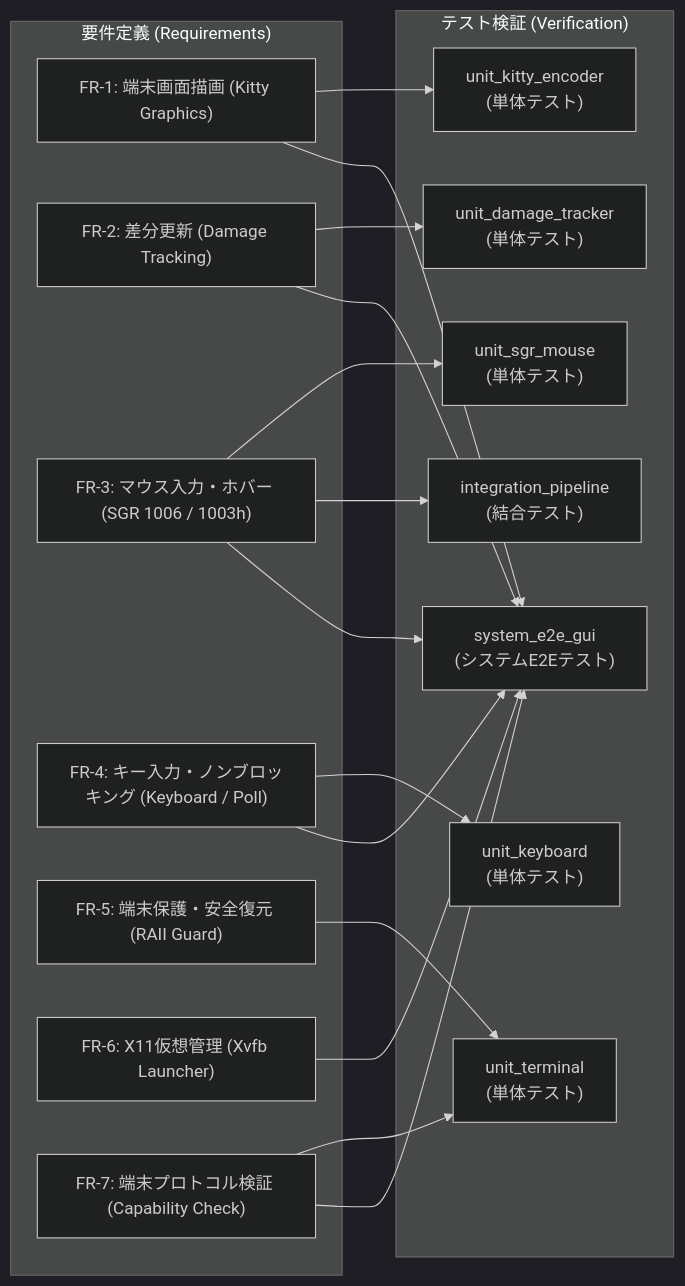
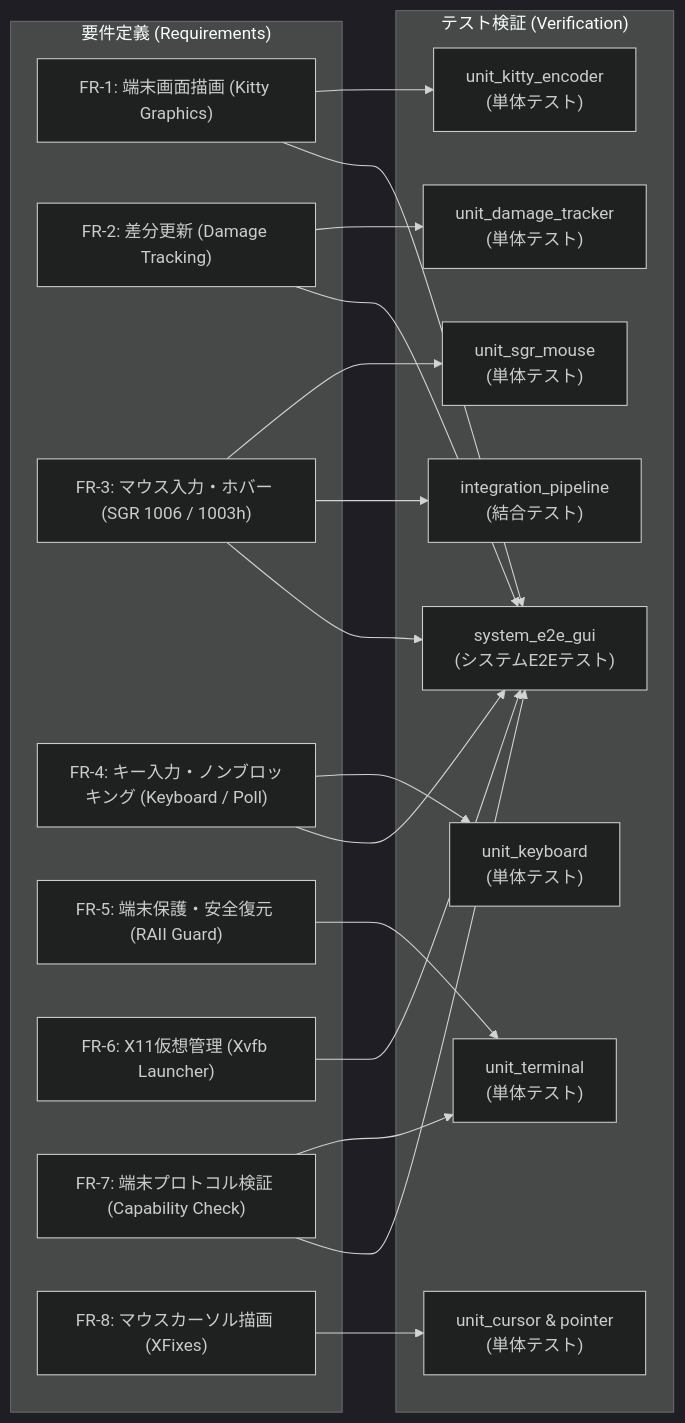
One commit to totatake/termway changed the diagram in docs/V_MODEL_SPEC.md. Above: the diagram before and after it, drawn with Mermaid (dark theme). The commit also changed other lines of this file, not shown here.

Commit message:
docs: add FR-8 XFixes cursor requirement to V-Model spec

````diff
--- a/docs/V_MODEL_SPEC.md
+++ b/docs/V_MODEL_SPEC.md
@@ -9,36 +9,39 @@
 ```mermaid
 flowchart LR
     subgraph Requirements["要件定義 (Requirements)"]
         FR1["FR-1: 端末画面描画 (Kitty Graphics)"]
         FR2["FR-2: 差分更新 (Damage Tracking)"]
         FR3["FR-3: マウス入力・ホバー (SGR 1006 / 1003h)"]
         FR4["FR-4: キー入力・ノンブロッキング (Keyboard / Poll)"]
         FR5["FR-5: 端末保護・安全復元 (RAII Guard)"]
         FR6["FR-6: X11仮想管理 (Xvfb Launcher)"]
         FR7["FR-7: 端末プロトコル検証 (Capability Check)"]
+        FR8["FR-8: マウスカーソル描画 (XFixes)"]
     end
 
     subgraph Verification["テスト検証 (Verification)"]
         T_Sys["system_e2e_gui<br/>(システムE2Eテスト)"]
         T_Integ["integration_pipeline<br/>(結合テスト)"]
         T_Mouse["unit_sgr_mouse<br/>(単体テスト)"]
         T_Kitty["unit_kitty_encoder<br/>(単体テスト)"]
         T_Term["unit_terminal<br/>(単体テスト)"]
         T_Damage["unit_damage_tracker<br/>(単体テスト)"]
         T_Key["unit_keyboard<br/>(単体テスト)"]
+        T_Cursor["unit_cursor & pointer<br/>(単体テスト)"]
     end
 
     FR1 --> T_Kitty
     FR1 --> T_Sys
     FR2 --> T_Damage
     FR2 --> T_Sys
     FR3 --> T_Mouse
     FR3 --> T_Integ
     FR3 --> T_Sys
     FR4 --> T_Key
     FR4 --> T_Sys
     FR5 --> T_Term
     FR6 --> T_Sys
     FR7 --> T_Term
     FR7 --> T_Sys
+    FR8 --> T_Cursor
 ```
````
